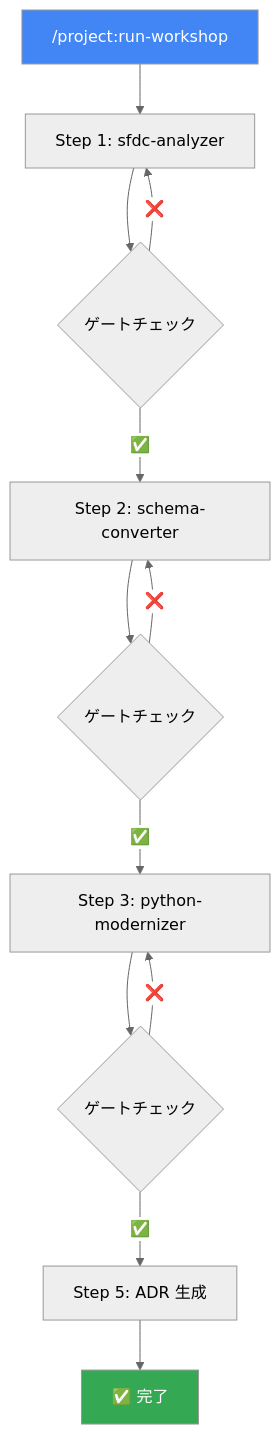
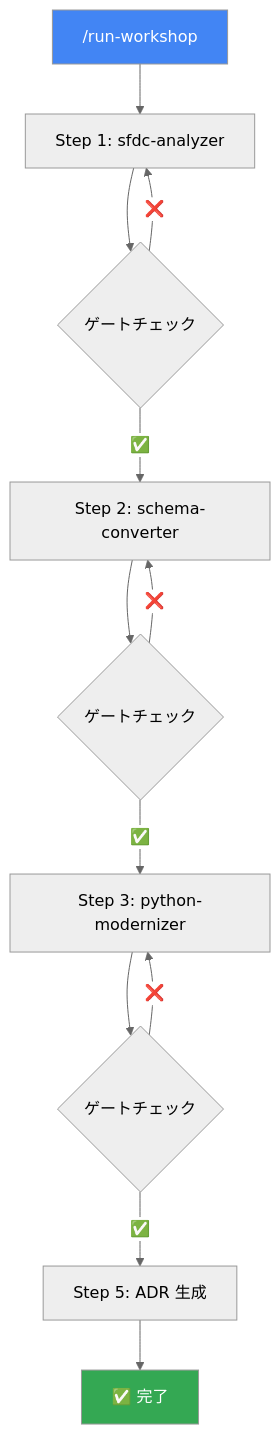
Before and after one commit to tyorikan/migration-with-ai: the fifth of 5 diagrams in workshop-real/examples/HANDSON.md, drawn with Mermaid (neutral theme). The commit also changed other lines of this file and 5 other files, not shown here.

````diff
--- a/workshop-real/examples/HANDSON.md
+++ b/workshop-real/examples/HANDSON.md
@@ -586,18 +586,18 @@
 ```mermaid
 flowchart TD
-    RW["/project:run-workshop"]
+    RW["/run-workshop"]
     S1["Step 1: sfdc-analyzer"] --> G1{"ゲートチェック"}
     G1 -->|"✅"| S2["Step 2: schema-converter"]
     G1 -->|"❌"| S1
     S2 --> G2{"ゲートチェック"}
     G2 -->|"✅"| S3["Step 3: python-modernizer"]
     G2 -->|"❌"| S2
     S3 --> G3{"ゲートチェック"}
     G3 -->|"✅"| S5["Step 5: ADR 生成"]
     G3 -->|"❌"| S3
     S5 --> DONE["✅ 完了"]
 
     RW --> S1
     style RW fill:#4285F4,color:#fff
     style DONE fill:#34A853,color:#fff
 ```
````
